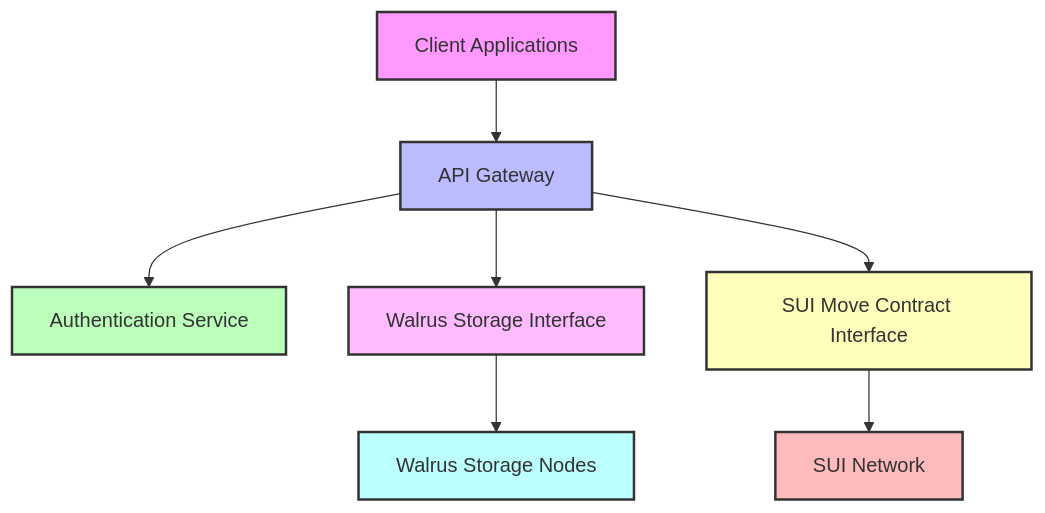
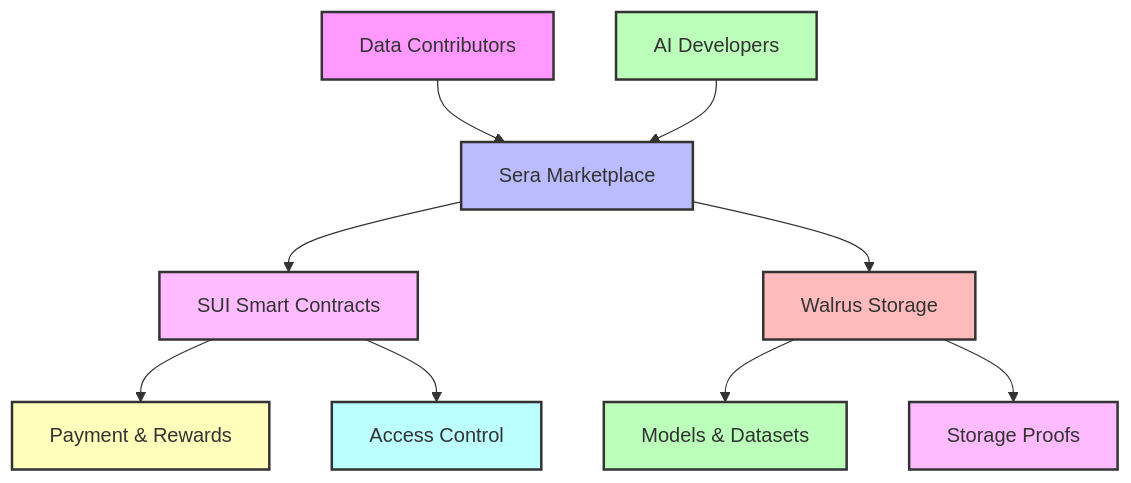
Before and after one commit to RivenLSCP/docs: the diagram in technical/architecture.mdx, drawn with Mermaid. The commit also changed other lines of this file and 30 other files, not shown here.

````diff
--- a/technical/architecture.mdx
+++ b/technical/architecture.mdx
@@ -190,17 +34,21 @@
 ```mermaid
 graph TD
-    A[Client Applications] --> B[API Gateway]
-    B --> C[Authentication Service]
-    B --> D[Walrus Storage Interface]
-    B --> E[SUI Move Contract Interface]
-    D --> F[Walrus Storage Nodes]
-    E --> G[SUI Network]
+    A[Data Contributors] --> B[Sera Marketplace]
+    C[AI Developers] --> B
+    B --> D[SUI Smart Contracts]
+    D --> E[Payment & Rewards]
+    D --> F[Access Control]
+    B --> G[Walrus Storage]
+    G --> H[Models & Datasets]
+    G --> I[Storage Proofs]
 
     style A fill:#f9f,stroke:#333,stroke-width:2px
-    style B fill:#bbf,stroke:#333,stroke-width:2px
+    style B fill:#bbf,stroke:#333,stroke-width:2px 
     style C fill:#bfb,stroke:#333,stroke-width:2px
     style D fill:#fbf,stroke:#333,stroke-width:2px
     style E fill:#ffb,stroke:#333,stroke-width:2px
     style F fill:#bff,stroke:#333,stroke-width:2px
     style G fill:#fbb,stroke:#333,stroke-width:2px
+    style H fill:#bfb,stroke:#333,stroke-width:2px
+    style I fill:#fbf,stroke:#333,stroke-width:2px
 ```
````
